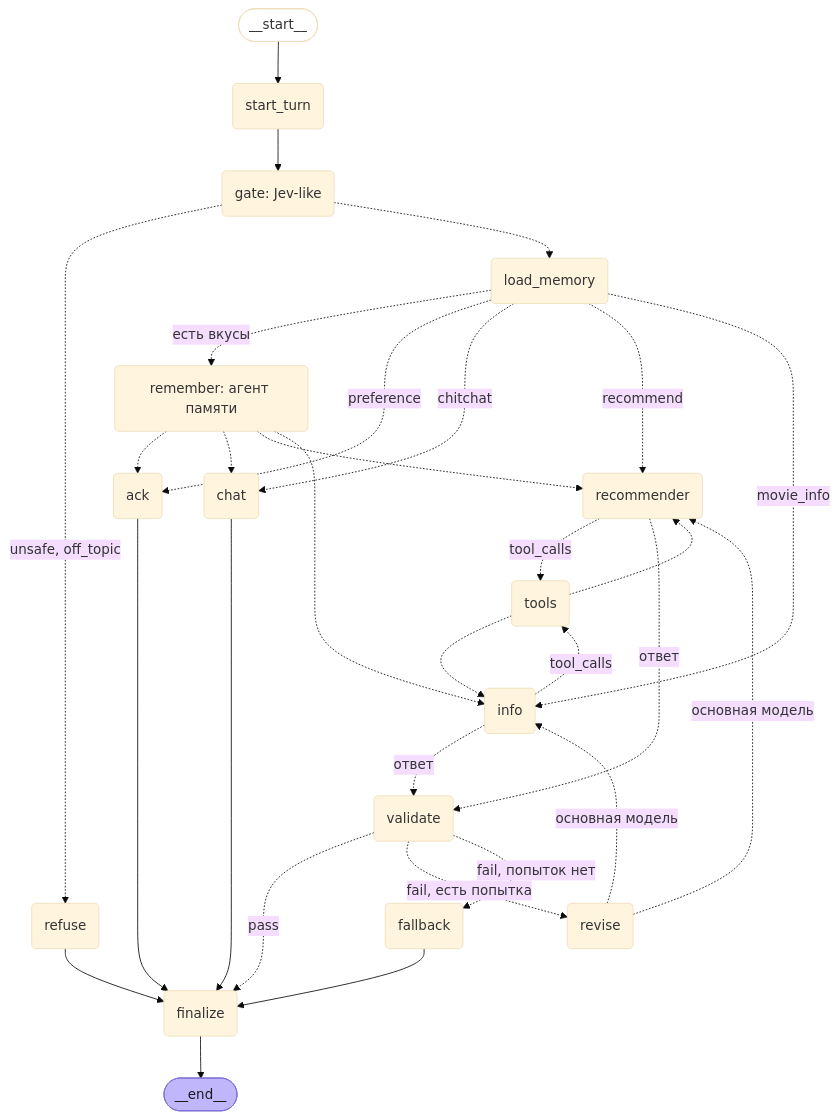
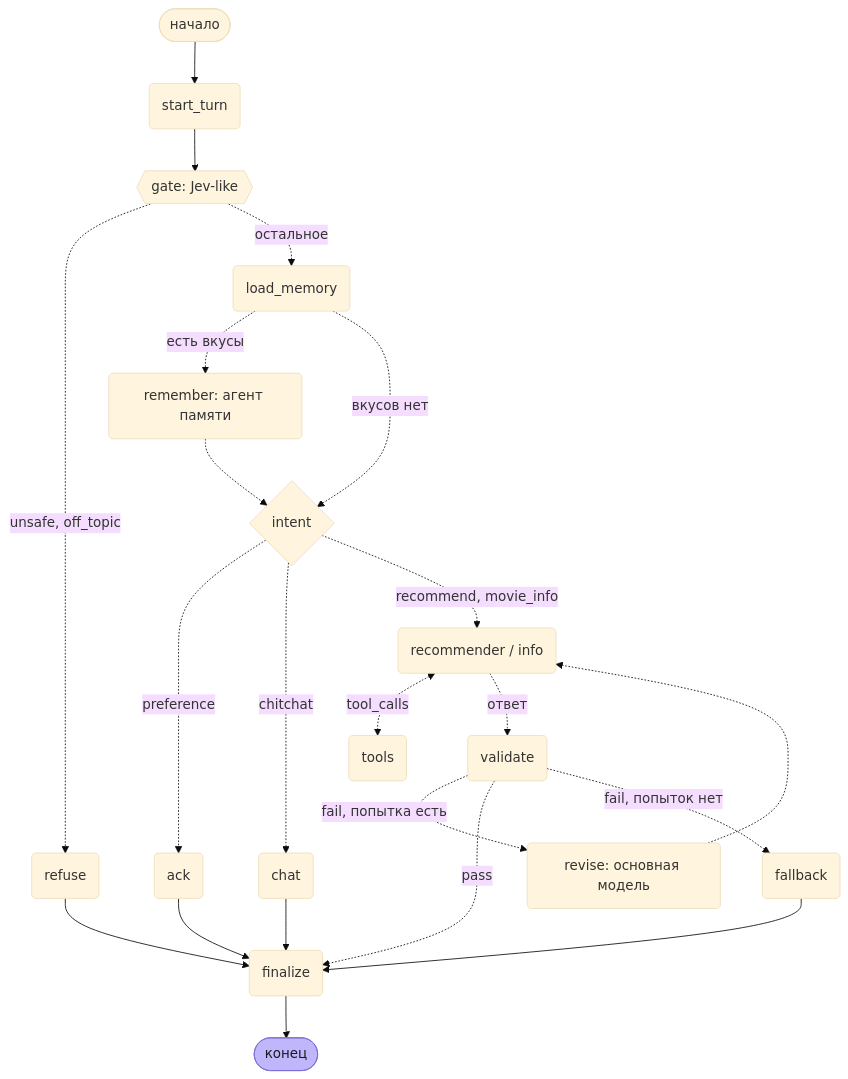
Before and after one commit to sstegss/movie-agents: the first of 11 diagrams in docs/ARCHITECTURE.md, drawn with Mermaid (base theme). The commit also changed other lines of this file, not shown here.

First line of the commit message:
Architecture: redraw C4 diagrams as flowcharts so labels do not overlap

````diff
--- a/docs/ARCHITECTURE.md
+++ b/docs/ARCHITECTURE.md
@@ -35,50 +35,25 @@
 ```mermaid
-graph TD;
-	__start__([__start__]):::first
-	start_turn(start_turn)
-	gate(gate: Jev-like)
-	refuse(refuse)
-	load_memory(load_memory)
-	remember(remember: агент памяти)
-	ack(ack)
-	chat(chat)
-	recommender(recommender)
-	info(info)
-	tools(tools)
-	validate(validate)
-	revise(revise)
-	fallback(fallback)
-	finalize(finalize)
-	__end__([__end__]):::last
-	__start__ --> start_turn;
-	start_turn --> gate;
-	gate -.->|unsafe, off_topic| refuse;
-	gate -.-> load_memory;
-	load_memory -.->|есть вкусы| remember;
-	load_memory -.->|preference| ack;
-	load_memory -.->|chitchat| chat;
-	load_memory -.->|recommend| recommender;
-	load_memory -.->|movie_info| info;
-	remember -.-> ack;
-	remember -.-> chat;
-	remember -.-> recommender;
-	remember -.-> info;
-	recommender -.->|tool_calls| tools;
-	info -.->|tool_calls| tools;
-	tools -.-> recommender;
-	tools -.-> info;
-	recommender -.->|ответ| validate;
-	info -.->|ответ| validate;
-	validate -.->|pass| finalize;
-	validate -.->|fail, есть попытка| revise;
-	validate -.->|fail, попыток нет| fallback;
-	revise -.->|основная модель| recommender;
-	revise -.->|основная модель| info;
-	refuse --> finalize;
-	ack --> finalize;
-	chat --> finalize;
-	fallback --> finalize;
-	finalize --> __end__;
-	classDef first fill-opacity:0
-	classDef last fill:#bfb6fc,color:#1a1a1a,stroke:#7c6fd6
+flowchart TD
+  start([начало]) --> start_turn(start_turn) --> gate{{"gate: Jev-like"}}
+  gate -.->|"unsafe, off_topic"| refuse(refuse)
+  gate -.->|остальное| load_memory(load_memory)
+  load_memory -.->|есть вкусы| remember(remember: агент памяти)
+  load_memory -.->|вкусов нет| route{intent}
+  remember -.-> route
+  route -.->|preference| ack(ack)
+  route -.->|chitchat| chat(chat)
+  route -.->|"recommend, movie_info"| agent(recommender / info)
+  agent <-.->|tool_calls| tools(tools)
+  agent -.->|ответ| validate(validate)
+  validate -.->|"fail, попытка есть"| revise(revise: основная модель)
+  revise -.-> agent
+  validate -.->|pass| finalize(finalize)
+  validate -.->|"fail, попыток нет"| fallback(fallback)
+  refuse --> finalize
+  ack --> finalize
+  chat --> finalize
+  fallback --> finalize
+  finalize --> stop([конец])
+  classDef endnode fill:#bfb6fc,color:#1a1a1a,stroke:#7c6fd6
+  class stop endnode
 ```
````
